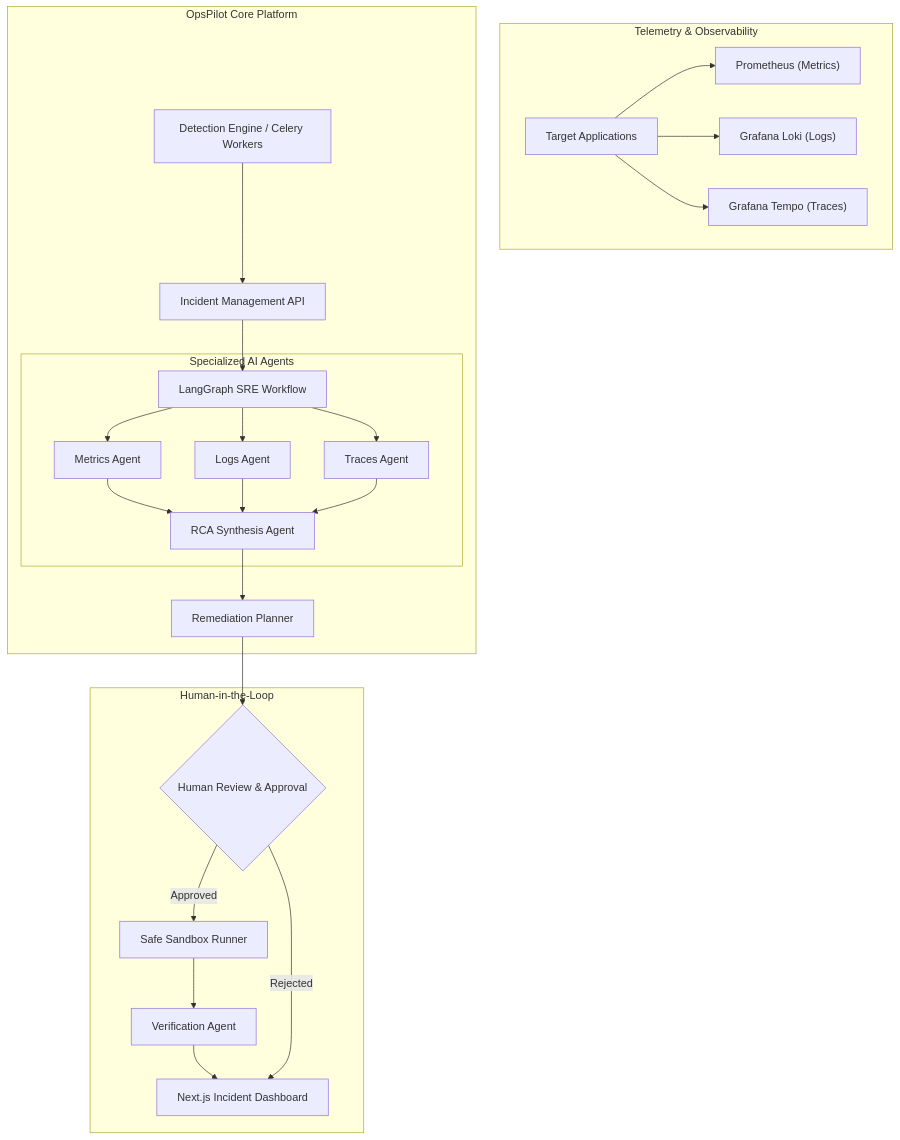
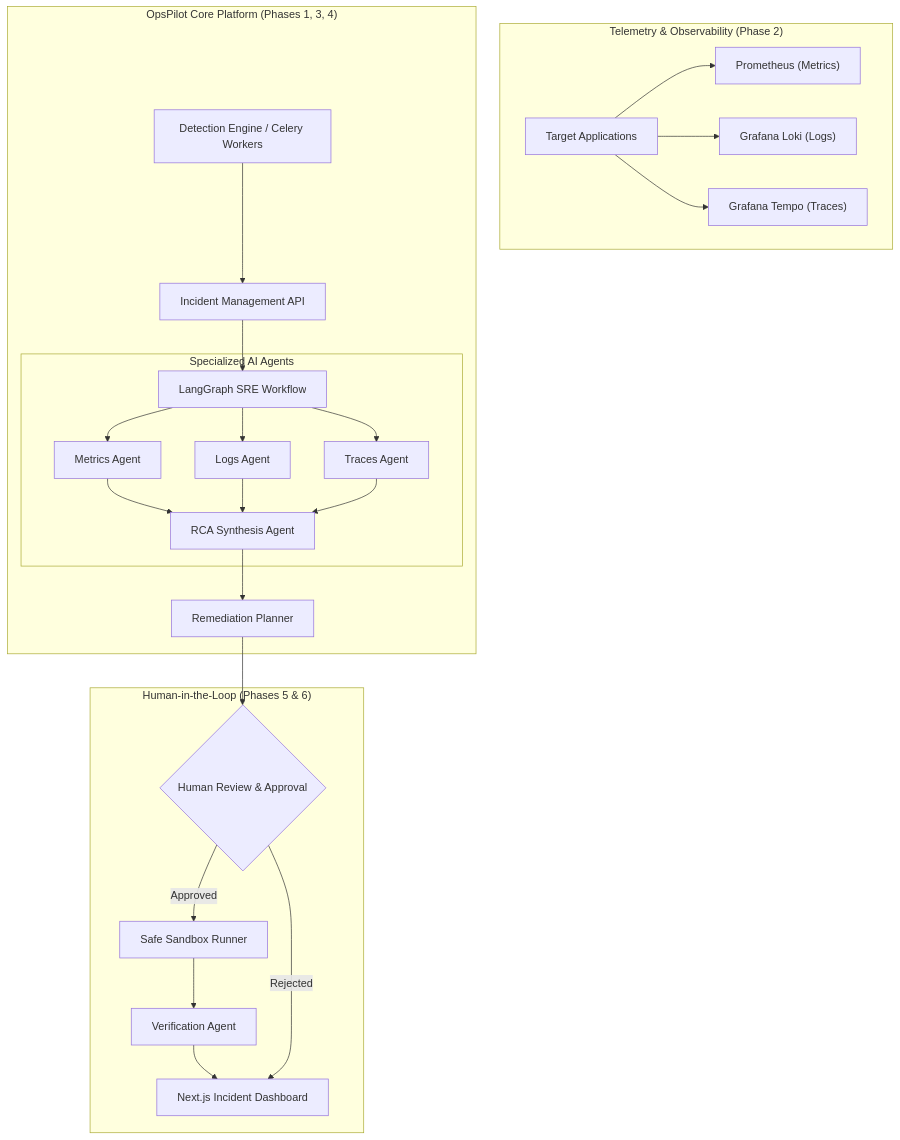
The diagram in README.md (Anshuman-utd/OpsPilot), drawn with Mermaid before and after one commit. The commit also changed other lines of this file and 6 other files, not shown here.

````diff
--- a/README.md
+++ b/README.md
@@ -31,30 +31,30 @@
 ```mermaid
 flowchart TD
-    subgraph Observability ["Telemetry & Observability"]
+    subgraph Observability ["Telemetry & Observability (Phase 2)"]
         APP["Target Applications"] --> METRICS["Prometheus (Metrics)"]
         APP --> LOGS["Grafana Loki (Logs)"]
         APP --> TRACES["Grafana Tempo (Traces)"]
     end
 
-    subgraph CoreEngine ["OpsPilot Core Platform"]
+    subgraph CoreEngine ["OpsPilot Core Platform (Phases 1, 3, 4)"]
         DETECTION["Detection Engine / Celery Workers"] --> INCIDENT["Incident Management API"]
         INCIDENT --> GRAPH["LangGraph SRE Workflow"]
         
         subgraph Agents ["Specialized AI Agents"]
             GRAPH --> MA["Metrics Agent"]
             GRAPH --> LA["Logs Agent"]
             GRAPH --> TA["Traces Agent"]
             MA & LA & TA --> RCA["RCA Synthesis Agent"]
         end
 
         RCA --> REMEDIATION["Remediation Planner"]
     end
 
-    subgraph UserInterface ["Human-in-the-Loop"]
+    subgraph UserInterface ["Human-in-the-Loop (Phases 5 & 6)"]
         REMEDIATION --> HITL{"Human Review & Approval"}
         HITL -- "Approved" --> RUNNER["Safe Sandbox Runner"]
         RUNNER --> VERIFY["Verification Agent"]
         VERIFY --> DASHBOARD["Next.js Incident Dashboard"]
         HITL -- "Rejected" --> DASHBOARD
     end
 ```
````
